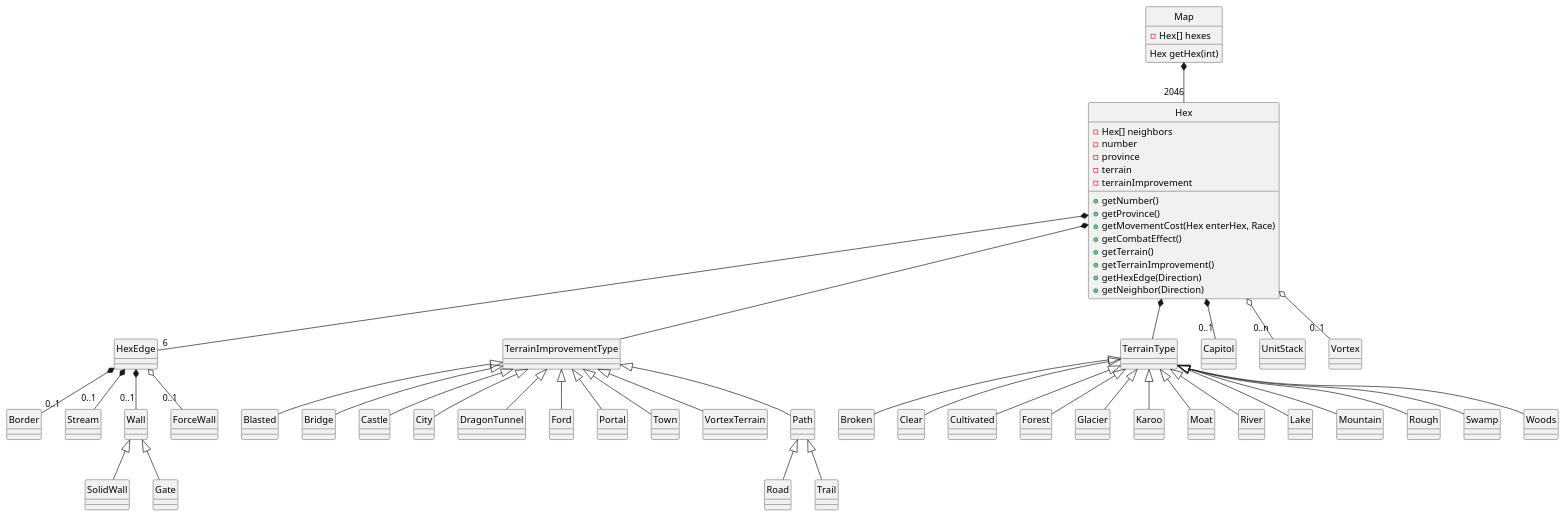
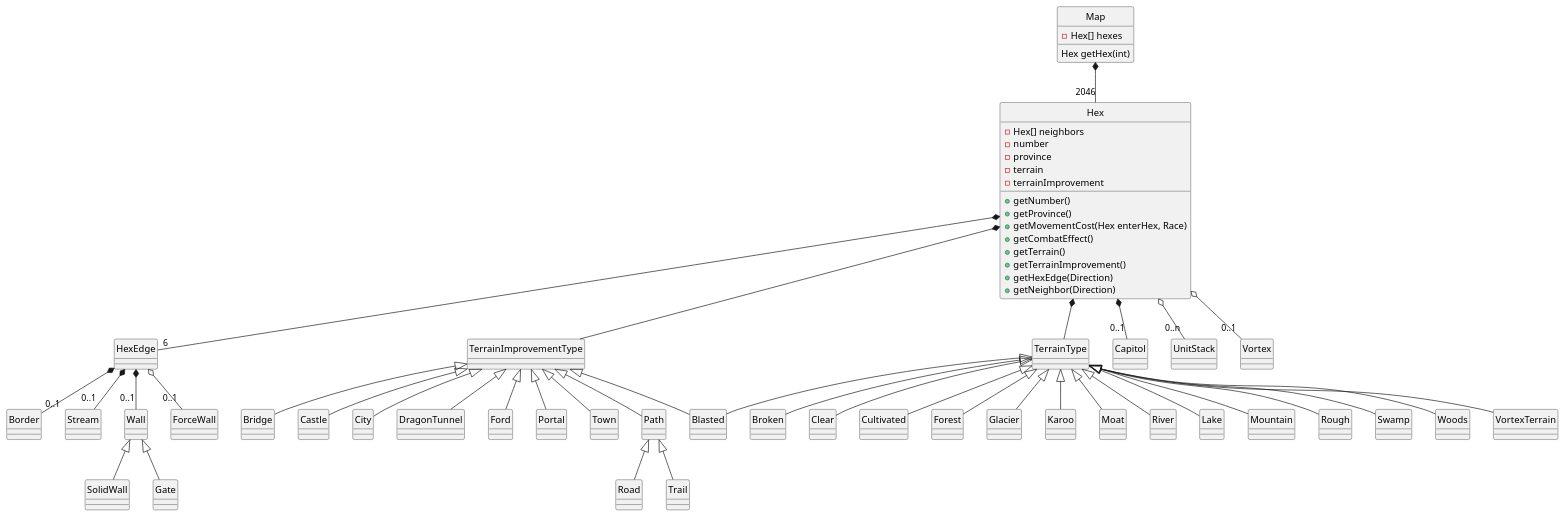
The diagram in mapmove.pu (CS383-Sword-and-Sorcery/HW3), drawn with PlantUML before and after one commit.

Commit message:
move vortex and blasted from improvement to terrain

```diff
--- a/mapmove.pu
+++ b/mapmove.pu
@@ -1,66 +1,67 @@
 @startuml
 hide circle
 ' <|-- is "extention" and used for class inheritence
 ' *-- is composition (static aggregation), for when b is permanently "part of" a
 ' o-- is aggregation (dynamic aggregation)
 
 class Map {
     -Hex[] hexes
 	Hex getHex(int)
 }
 
 class Hex {
 	-Hex[] neighbors
     -number
     -province
     -terrain
     -terrainImprovement
     +getNumber()
     +getProvince()
     +getMovementCost(Hex enterHex, Race)
     +getCombatEffect()
     +getTerrain()
     +getTerrainImprovement()
 	+getHexEdge(Direction)
     +getNeighbor(Direction)
 }
 
 Map *-- "2046" Hex
 Hex *-- "6" HexEdge
 Hex *-- TerrainImprovementType
 Hex *-- TerrainType
 Hex *-- "0..1" Capitol
 Hex o-- "0..n" UnitStack
 Hex o-- "0..1" Vortex
 HexEdge *-- "0..1" Border
 HexEdge *-- "0..1" Stream
 HexEdge *-- "0..1" Wall
                    Wall <|-- SolidWall
                    Wall <|-- Gate
 HexEdge o-- "0..1" ForceWall
 TerrainType <|-- Broken
 TerrainType <|-- Clear
 TerrainType <|-- Cultivated
 TerrainType <|-- Forest
 TerrainType <|-- Glacier
 TerrainType <|-- Karoo
 TerrainType <|-- Moat
 TerrainType <|-- River
 TerrainType <|-- Lake
 TerrainType <|-- Mountain
 TerrainType <|-- Rough
 TerrainType <|-- Swamp
 TerrainType <|-- Woods
+TerrainType <|-- VortexTerrain
+TerrainType <|-- Blasted
 TerrainImprovementType <|-- Blasted
 TerrainImprovementType <|-- Bridge
 TerrainImprovementType <|-- Castle
 TerrainImprovementType <|-- City
 TerrainImprovementType <|-- DragonTunnel
 TerrainImprovementType <|-- Ford
 TerrainImprovementType <|-- Portal
 TerrainImprovementType <|-- Town
-TerrainImprovementType <|-- VortexTerrain
 TerrainImprovementType <|-- Path
                             Path <|-- Road
                             Path <|-- Trail
 @enduml
```
